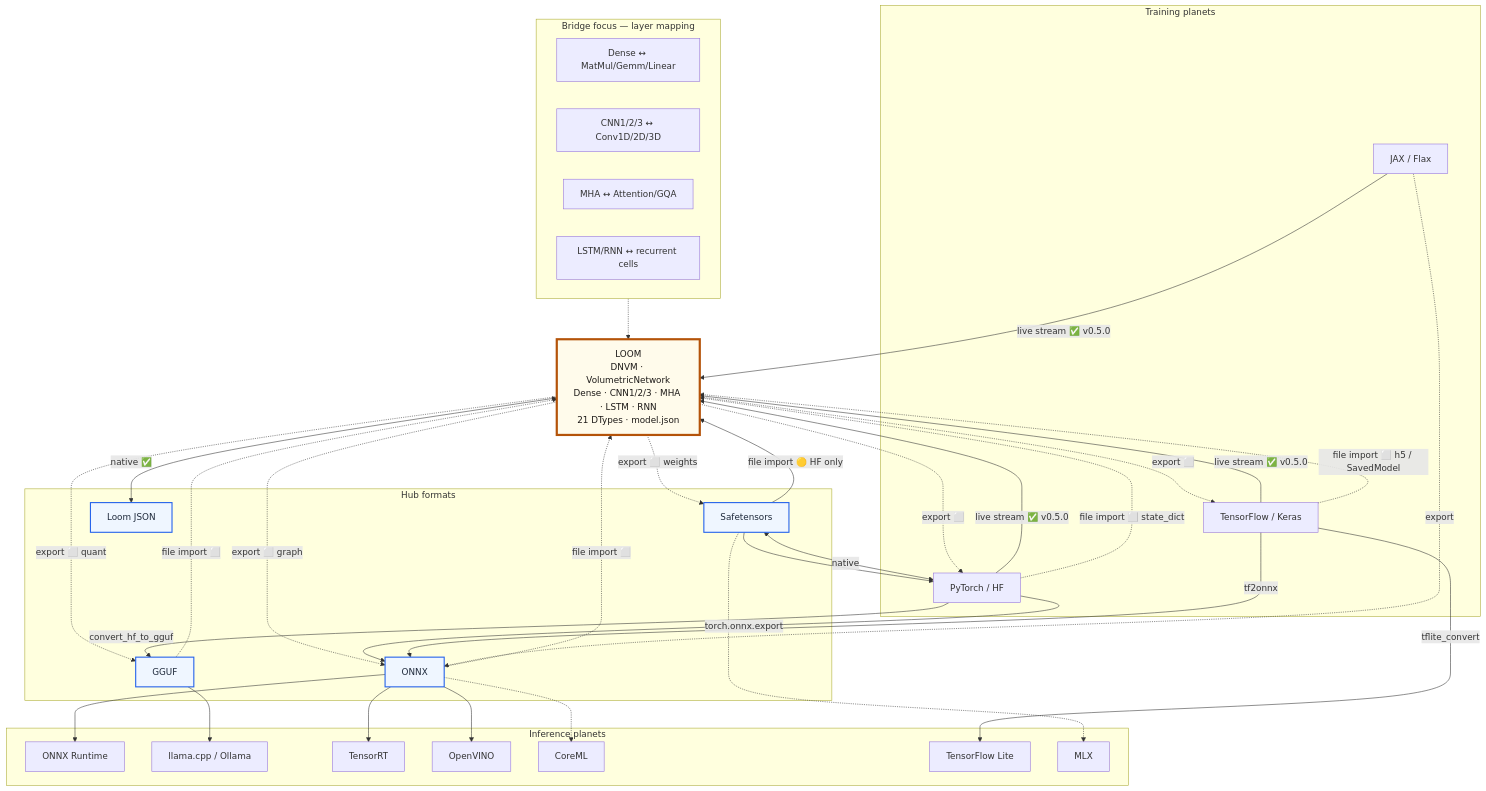
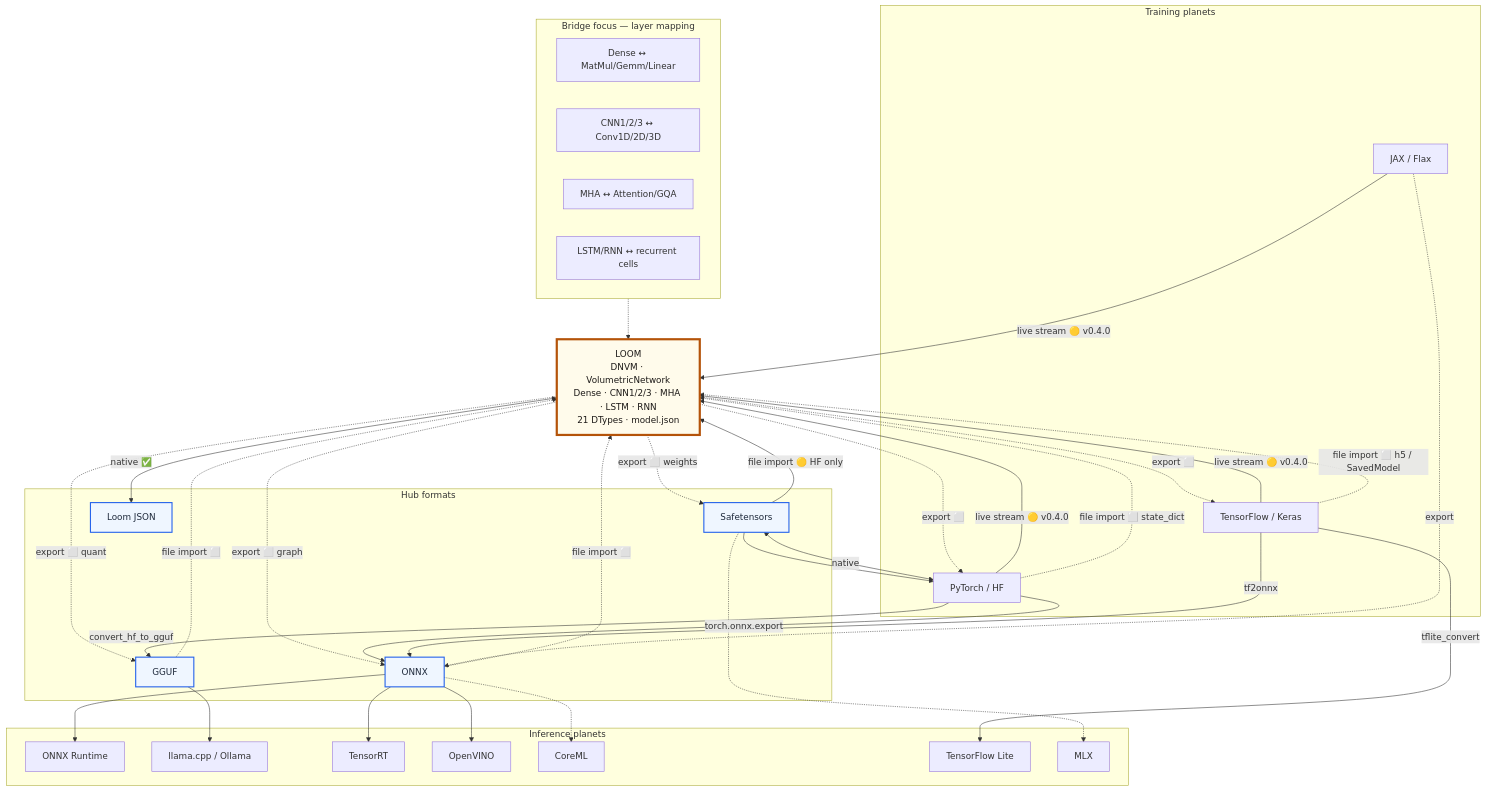
One commit to openfluke/planetbridging changed the second of 2 diagrams in README.md. Above: the diagram before and after it, drawn with Mermaid. The commit also changed other lines of this file and 3 other files, not shown here.

```diff
--- a/README.md
+++ b/README.md
@@ -253,10 +273,10 @@
     %% Loom native
     LOOM <-->|"native ✅"| LJ
 
-    %% Into Loom — v0.5.0 live stream
-    PT -->|"live stream ✅ v0.5.0"| LOOM
-    TF -->|"live stream ✅ v0.5.0"| LOOM
-    JAX -->|"live stream ✅ v0.5.0"| LOOM
+    %% Into Loom — v0.4.0 live stream (partial)
+    PT -->|"live stream 🟡 v0.4.0"| LOOM
+    TF -->|"live stream 🟡 v0.4.0"| LOOM
+    JAX -->|"live stream 🟡 v0.4.0"| LOOM
 
     %% Into Loom — file import (v1.x)
     ST -->|"file import 🟡 HF only"| LOOM
```
